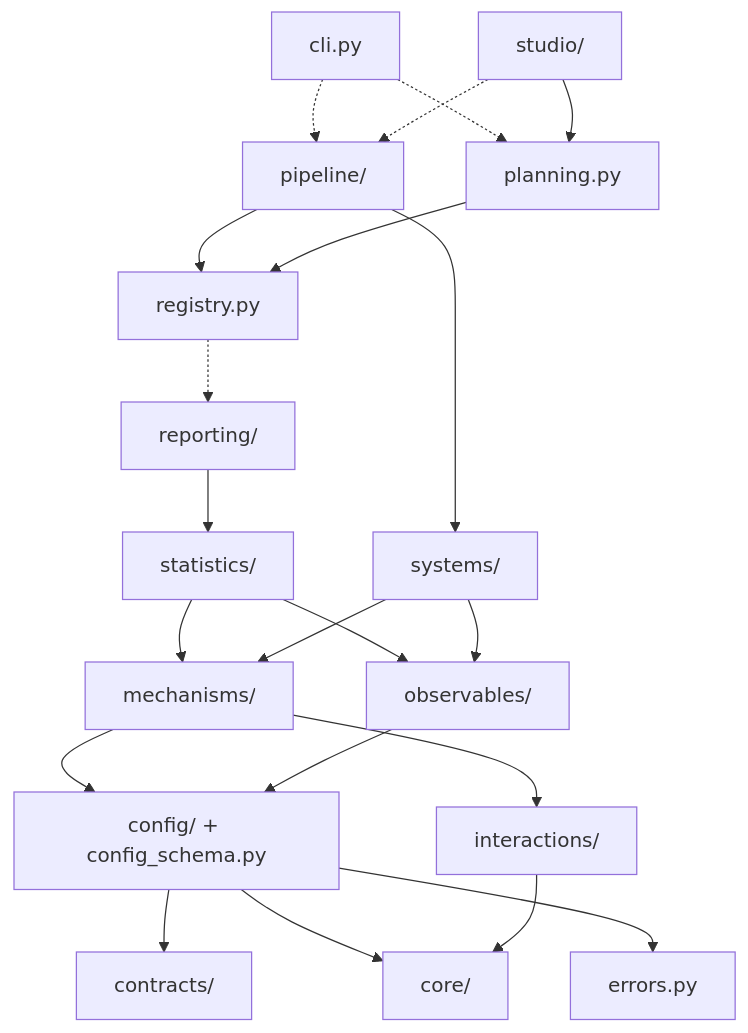
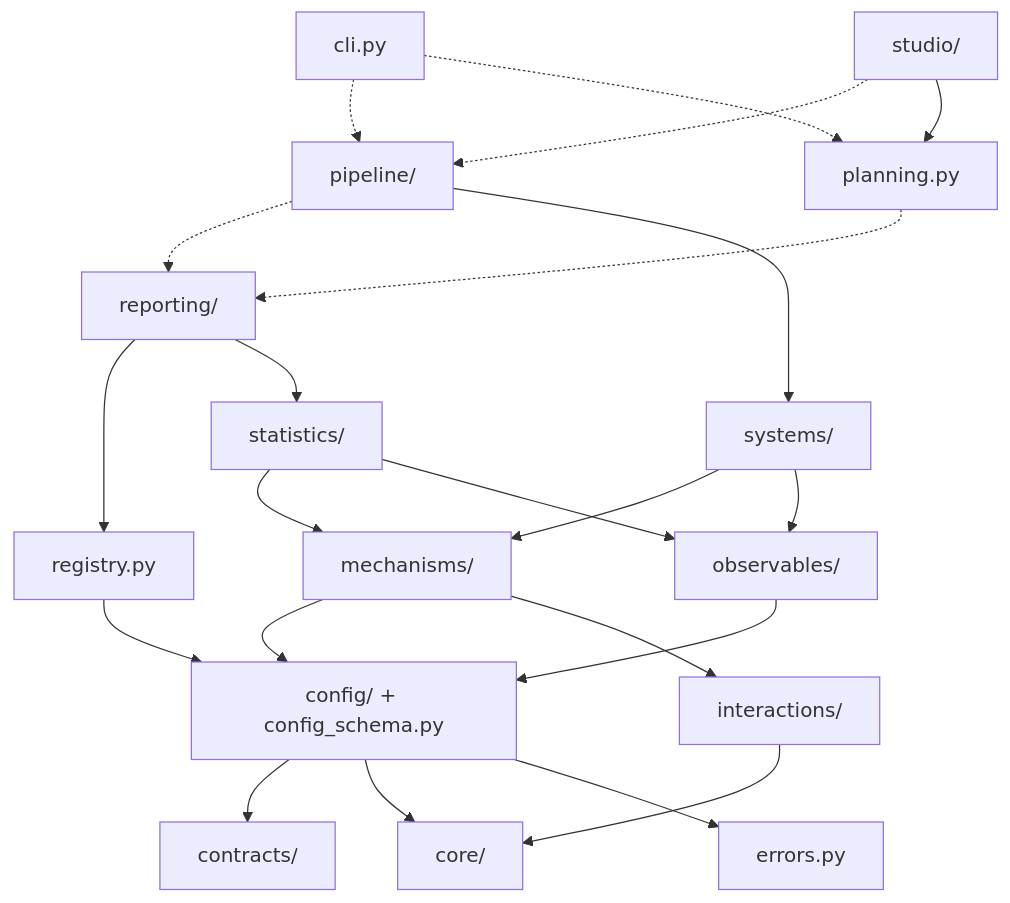
Before and after one commit to MarionQL/MDscope: the second of 2 diagrams in docs/developer/architecture.md, drawn with Mermaid. The commit also changed other lines of this file and 24 other files, not shown here.

````diff
--- a/docs/developer/architecture.md
+++ b/docs/developer/architecture.md
@@ -48,38 +48,39 @@
 ```mermaid
 flowchart TD
     cli["cli.py"]
     config_config_schema["config/ + config_schema.py"]
     contracts["contracts/"]
     core["core/"]
     errors["errors.py"]
     interactions["interactions/"]
     mechanisms["mechanisms/"]
     observables["observables/"]
     pipeline["pipeline/"]
     planning["planning.py"]
     registry["registry.py"]
     reporting["reporting/"]
     statistics["statistics/"]
     studio["studio/"]
     systems["systems/"]
     cli -.-> pipeline
     cli -.-> planning
     config_config_schema --> contracts
     config_config_schema --> core
     config_config_schema --> errors
     interactions --> core
     mechanisms --> config_config_schema
     mechanisms --> interactions
     observables --> config_config_schema
-    pipeline --> registry
+    pipeline -.-> reporting
     pipeline --> systems
-    planning --> registry
-    registry -.-> reporting
+    planning -.-> reporting
+    registry --> config_config_schema
+    reporting --> registry
     reporting --> statistics
     statistics --> mechanisms
     statistics --> observables
     studio -.-> pipeline
     studio --> planning
     systems --> mechanisms
     systems --> observables
 ```
````
